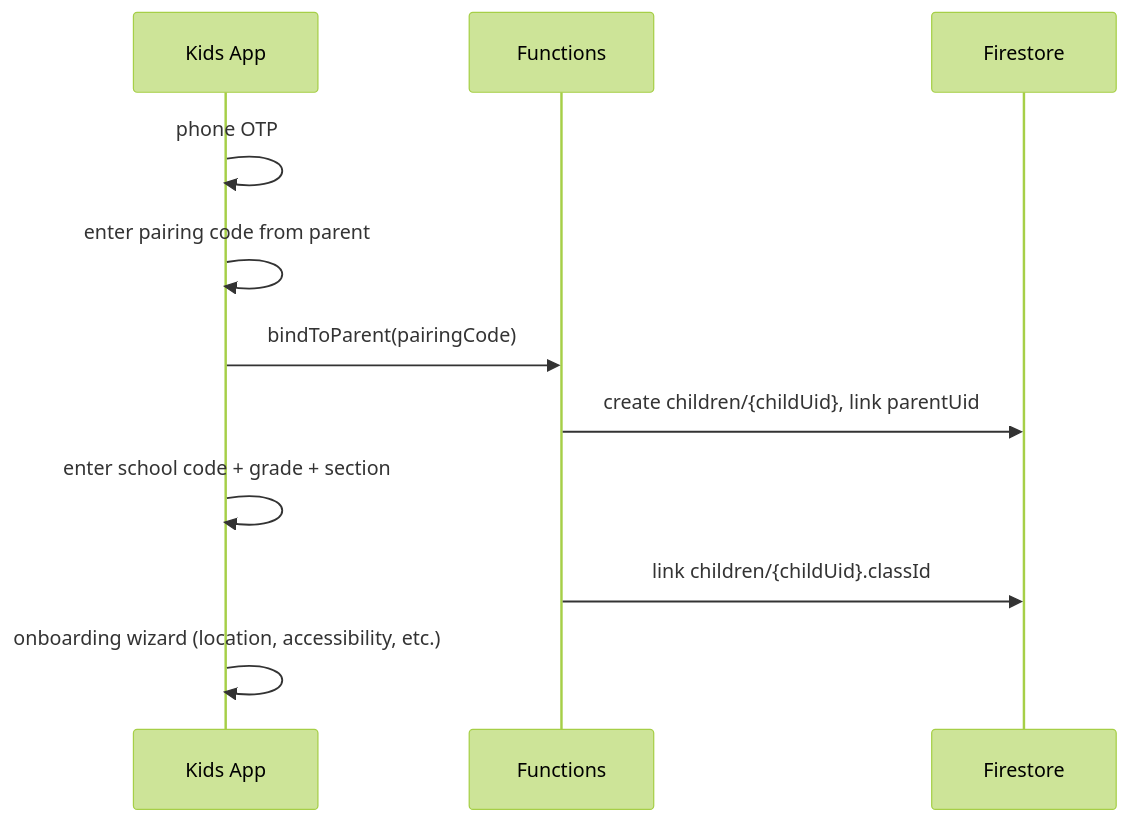
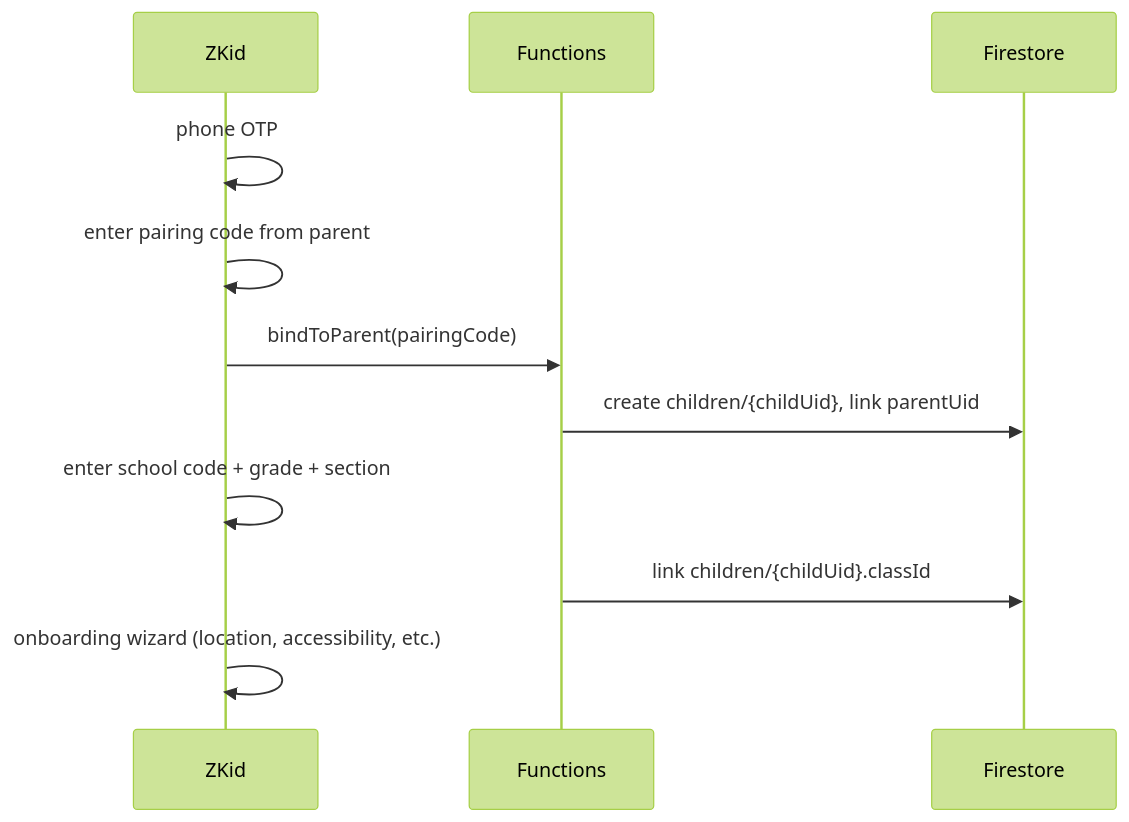
Before and after one commit to ZerebroKid/kidsafe-school: the fifth of 7 diagrams in docs/EDUCATION_AI_TECH_SPEC.md, drawn with Mermaid (forest theme). The commit also changed other lines of this file and 2 other files, not shown here.

Commit message:
update: App name list

````diff
--- a/docs/EDUCATION_AI_TECH_SPEC.md
+++ b/docs/EDUCATION_AI_TECH_SPEC.md
@@ -381,14 +395,14 @@
 ```mermaid
 sequenceDiagram
-  participant K as Kids App
+  participant K as ZKid
   participant FN as Functions
   participant FS as Firestore
 
   K->>K: phone OTP
   K->>K: enter pairing code from parent
   K->>FN: bindToParent(pairingCode)
   FN->>FS: create children/{childUid}, link parentUid
   K->>K: enter school code + grade + section
   FN->>FS: link children/{childUid}.classId
   K->>K: onboarding wizard (location, accessibility, etc.)
 ```
````
